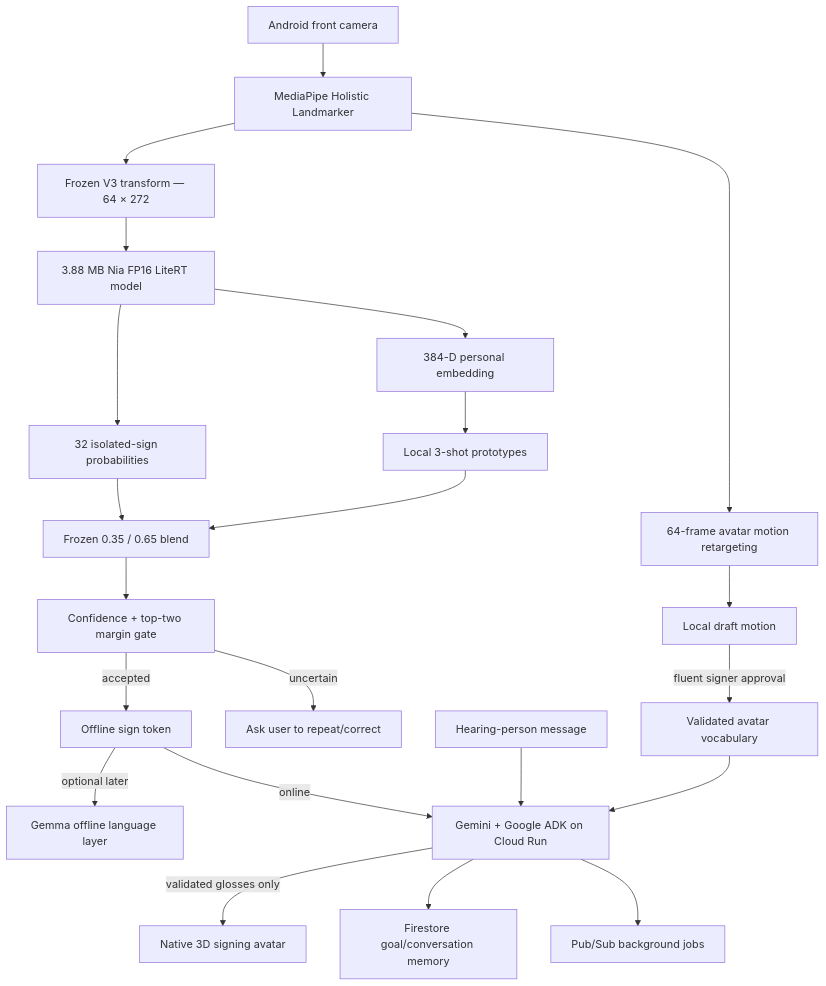
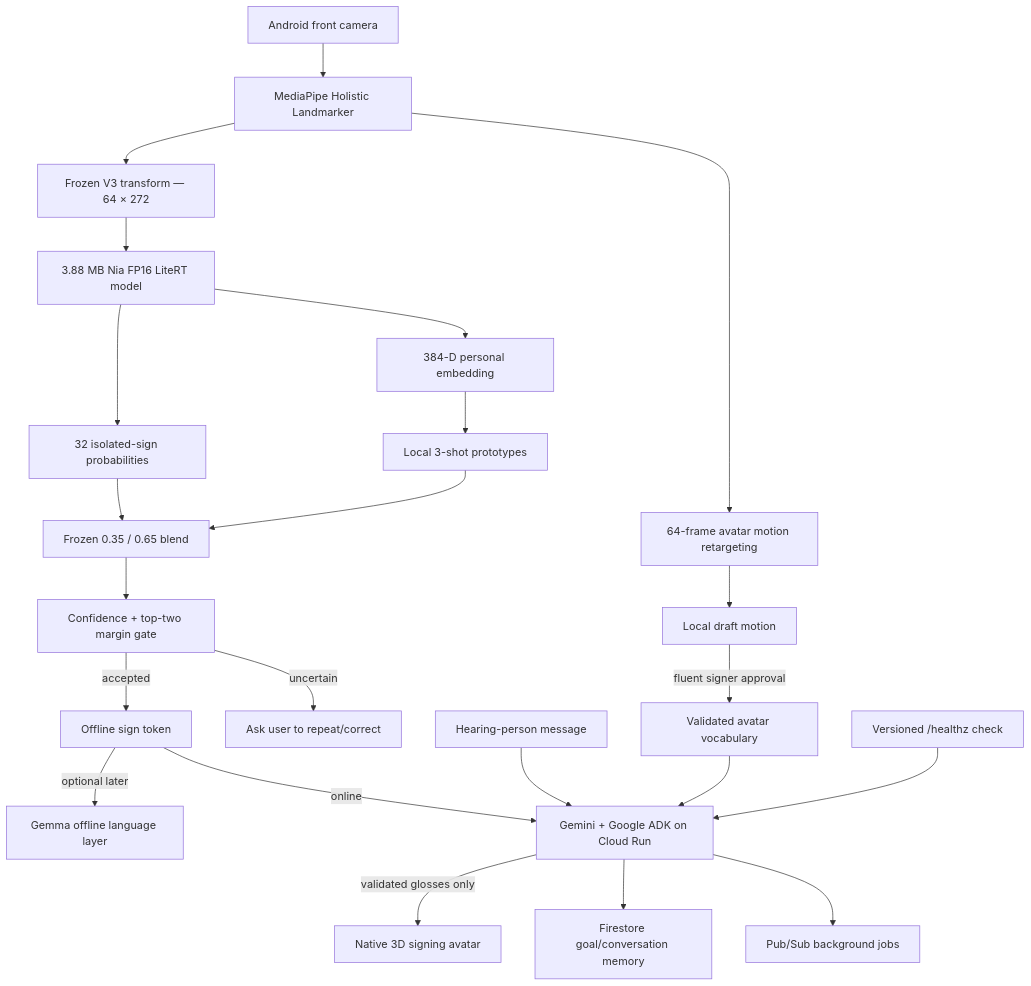
Before and after one commit to NestroyMusoke/Project-Nia: the diagram in docs/ARCHITECTURE.md, drawn with Mermaid. The commit also changed other lines of this file and 10 other files, not shown here.

````diff
--- a/docs/ARCHITECTURE.md
+++ b/docs/ARCHITECTURE.md
@@ -3,24 +3,25 @@
 ```mermaid
 flowchart TD
     Camera["Android front camera"] --> Holistic["MediaPipe Holistic Landmarker"]
     Holistic --> V3["Frozen V3 transform — 64 × 272"]
     V3 --> LiteRT["3.88 MB Nia FP16 LiteRT model"]
     LiteRT --> Prob["32 isolated-sign probabilities"]
     LiteRT --> Emb["384-D personal embedding"]
     Emb --> Local["Local 3-shot prototypes"]
     Prob --> Blend["Frozen 0.35 / 0.65 blend"]
     Local --> Blend
     Blend --> Gate["Confidence + top-two margin gate"]
     Gate -->|accepted| Offline["Offline sign token"]
     Gate -->|uncertain| Clarify["Ask user to repeat/correct"]
     Holistic --> Retarget["64-frame avatar motion retargeting"]
     Retarget --> Draft["Local draft motion"]
     Draft -->|fluent signer approval| Validated["Validated avatar vocabulary"]
     Offline -->|optional later| Gemma["Gemma offline language layer"]
     Offline -->|online| ADK["Gemini + Google ADK on Cloud Run"]
     Hearing["Hearing-person message"] --> ADK
     Validated --> ADK
+    AndroidHealth["Versioned /healthz check"] --> ADK
     ADK -->|validated glosses only| Avatar["Native 3D signing avatar"]
     ADK --> Firestore["Firestore goal/conversation memory"]
     ADK --> PubSub["Pub/Sub background jobs"]
 ```
````
